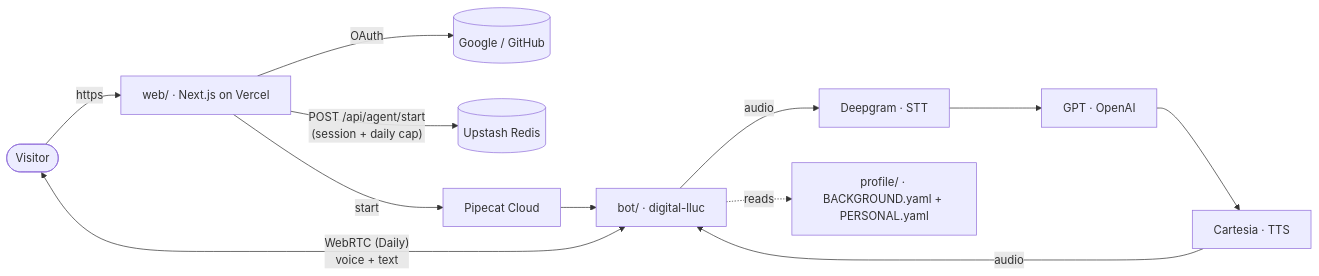
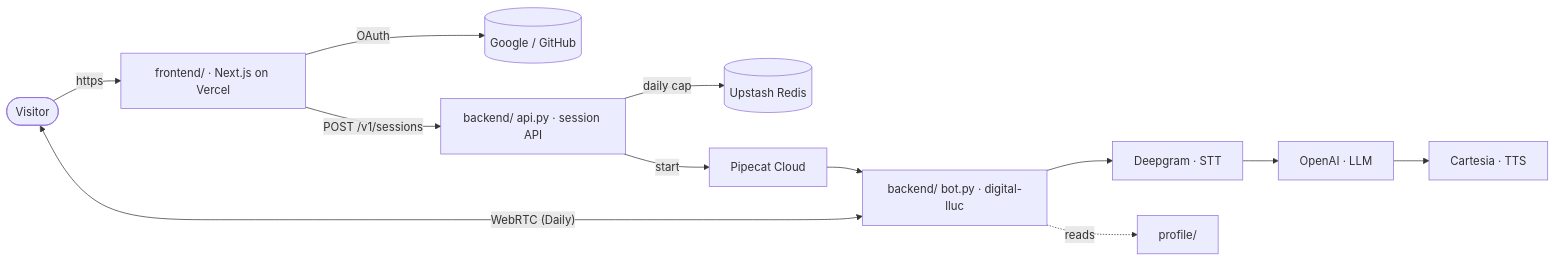
Before and after one commit to Lluc24/digital-lluc: the diagram in README.md, drawn with Mermaid. The commit also changed other lines of this file and 88 other files, not shown here.

First line of the commit message:
ci(backend): run the voice eval on every PR and drop the legacy apps

````diff
--- a/README.md
+++ b/README.md
@@ -15,14 +12,12 @@
 ```mermaid
 flowchart LR
-    V([Visitor]) -->|https| W[web/ · Next.js on Vercel]
-    W -->|OAuth| A[(Google / GitHub)]
-    W -->|"POST /api/agent/start<br/>(session + daily cap)"| U[(Upstash Redis)]
-    W -->|start| PC[Pipecat Cloud]
-    PC --> B[bot/ · digital-lluc]
-    V <-->|"WebRTC (Daily)<br/>voice + text"| B
-    B -->|audio| D[Deepgram · STT]
-    D --> C[GPT · OpenAI]
-    C --> K[Cartesia · TTS]
-    K -->|audio| B
-    B -.reads.-> P[profile/ · BACKGROUND.yaml + PERSONAL.yaml]
+    V([Visitor]) -->|https| F[frontend/ · Next.js on Vercel]
+    F -->|OAuth| A[(Google / GitHub)]
+    F -->|"POST /v1/sessions"| S[backend/ api.py · session API]
+    S -->|daily cap| U[(Upstash Redis)]
+    S -->|start| PC[Pipecat Cloud]
+    PC --> B[backend/ bot.py · digital-lluc]
+    V <-->|"WebRTC (Daily)"| B
+    B --> D[Deepgram · STT] --> C[OpenAI · LLM] --> K[Cartesia · TTS]
+    B -.reads.-> P[profile/]
 ```
````
